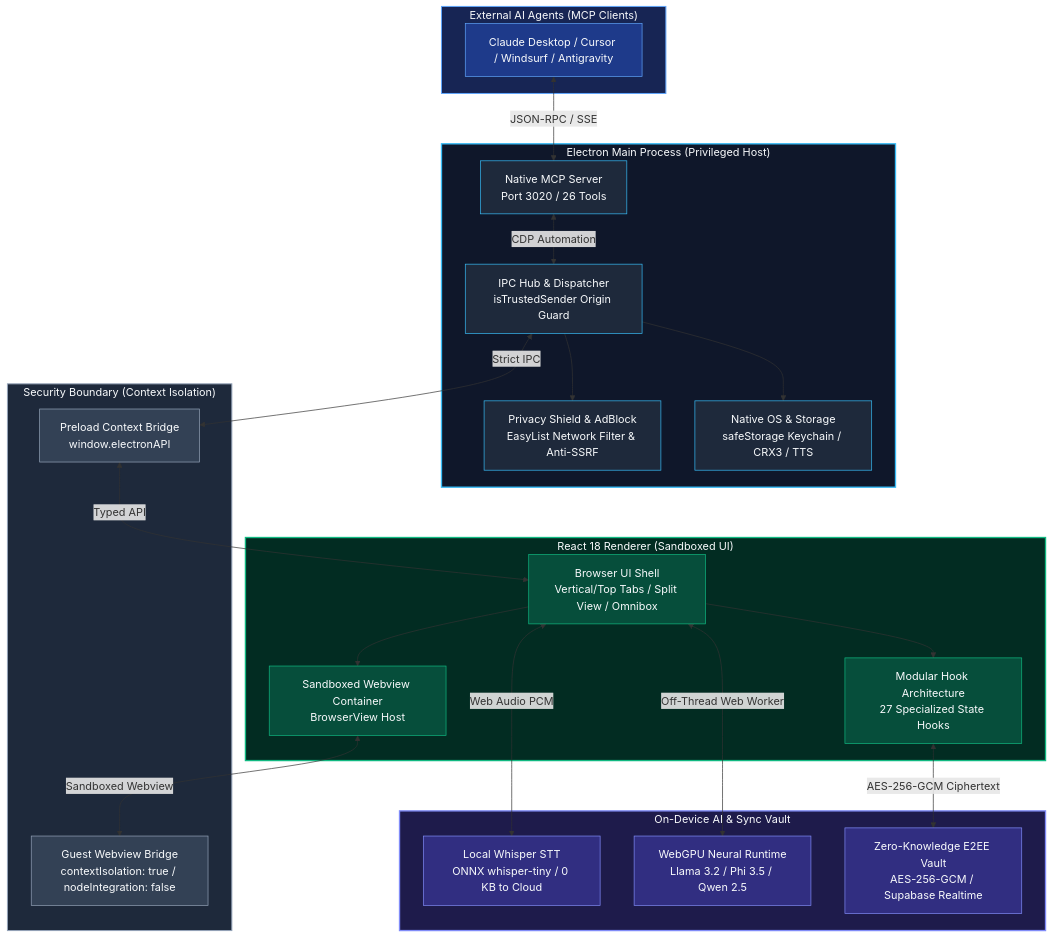
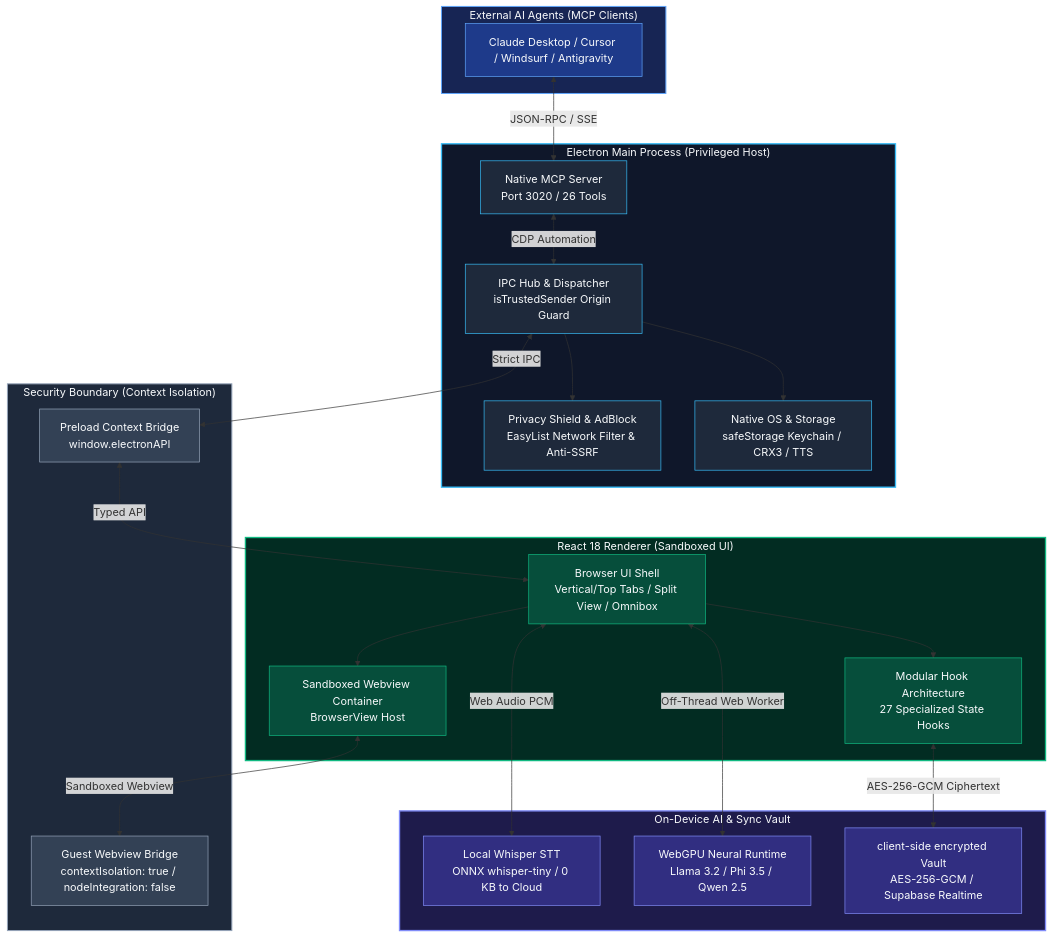
Before and after one commit to unitybtw/nova-browser: the diagram in README.md, drawn with Mermaid. The commit also changed other lines of this file and 20 other files, not shown here.

````diff
--- a/README.md
+++ b/README.md
@@ -408,69 +408,69 @@
 ```mermaid
 flowchart TB
     subgraph Clients["External AI Agents (MCP Clients)"]
         agentClient["Claude Desktop / Cursor / Windsurf / Antigravity"]
     end
 
     subgraph Main["Electron Main Process (Privileged Host)"]
         mcp["Native MCP Server<br/>Port 3020 / 26 Tools"]
         ipcMain["IPC Hub & Dispatcher<br/>isTrustedSender Origin Guard"]
         netShield["Privacy Shield & AdBlock<br/>EasyList Network Filter & Anti-SSRF"]
         osBridge["Native OS & Storage<br/>safeStorage Keychain / CRX3 / TTS"]
     end
 
     subgraph Boundary["Security Boundary (Context Isolation)"]
         preloadAPI["Preload Context Bridge<br/>window.electronAPI"]
         guestPreload["Guest Webview Bridge<br/>contextIsolation: true / nodeIntegration: false"]
     end
 
     subgraph Renderer["React 18 Renderer (Sandboxed UI)"]
         uiShell["Browser UI Shell<br/>Vertical/Top Tabs / Split View / Omnibox"]
         hookEngine["Modular Hook Architecture<br/>27 Specialized State Hooks"]
         viewHost["Sandboxed Webview Container<br/>BrowserView Host"]
     end
 
     subgraph Neural["On-Device AI & Sync Vault"]
         whisperEngine["Local Whisper STT<br/>ONNX whisper-tiny / 0 KB to Cloud"]
         webgpuEngine["WebGPU Neural Runtime<br/>Llama 3.2 / Phi 3.5 / Qwen 2.5"]
-        syncVault["Zero-Knowledge E2EE Vault<br/>AES-256-GCM / Supabase Realtime"]
+        syncVault["client-side encrypted Vault<br/>AES-256-GCM / Supabase Realtime"]
     end
 
     agentClient <-->|"JSON-RPC / SSE"| mcp
     mcp <-->|"CDP Automation"| ipcMain
     ipcMain <-->|"Strict IPC"| preloadAPI
     preloadAPI <-->|"Typed API"| uiShell
     ipcMain --> netShield
     ipcMain --> osBridge
 
     uiShell --> hookEngine
     uiShell --> viewHost
     viewHost <-->|"Sandboxed Webview"| guestPreload
 
     uiShell <-->|"Web Audio PCM"| whisperEngine
     uiShell <-->|"Off-Thread Web Worker"| webgpuEngine
     hookEngine <-->|"AES-256-GCM Ciphertext"| syncVault
 
     style Main fill:#0f172a,stroke:#38bdf8,stroke-width:2px,color:#f8fafc
     style Boundary fill:#1e293b,stroke:#94a3b8,stroke-width:1.5px,color:#f8fafc
     style Renderer fill:#022c22,stroke:#10b981,stroke-width:2px,color:#f8fafc
     style Neural fill:#1e1b4b,stroke:#818cf8,stroke-width:2px,color:#f8fafc
     style Clients fill:#172554,stroke:#60a5fa,stroke-width:1.5px,color:#f8fafc
 
     style mcp fill:#1e293b,stroke:#38bdf8,stroke-width:1px,color:#f8fafc
     style ipcMain fill:#1e293b,stroke:#38bdf8,stroke-width:1px,color:#f8fafc
     style netShield fill:#1e293b,stroke:#38bdf8,stroke-width:1px,color:#f8fafc
     style osBridge fill:#1e293b,stroke:#38bdf8,stroke-width:1px,color:#f8fafc
 
     style preloadAPI fill:#334155,stroke:#94a3b8,stroke-width:1px,color:#f8fafc
     style guestPreload fill:#334155,stroke:#94a3b8,stroke-width:1px,color:#f8fafc
 
     style uiShell fill:#064e3b,stroke:#10b981,stroke-width:1px,color:#f8fafc
     style hookEngine fill:#064e3b,stroke:#10b981,stroke-width:1px,color:#f8fafc
     style viewHost fill:#064e3b,stroke:#10b981,stroke-width:1px,color:#f8fafc
 
     style whisperEngine fill:#312e81,stroke:#818cf8,stroke-width:1px,color:#f8fafc
     style webgpuEngine fill:#312e81,stroke:#818cf8,stroke-width:1px,color:#f8fafc
     style syncVault fill:#312e81,stroke:#818cf8,stroke-width:1px,color:#f8fafc
 
     style agentClient fill:#1e3a8a,stroke:#60a5fa,stroke-width:1px,color:#f8fafc
 ```
````
